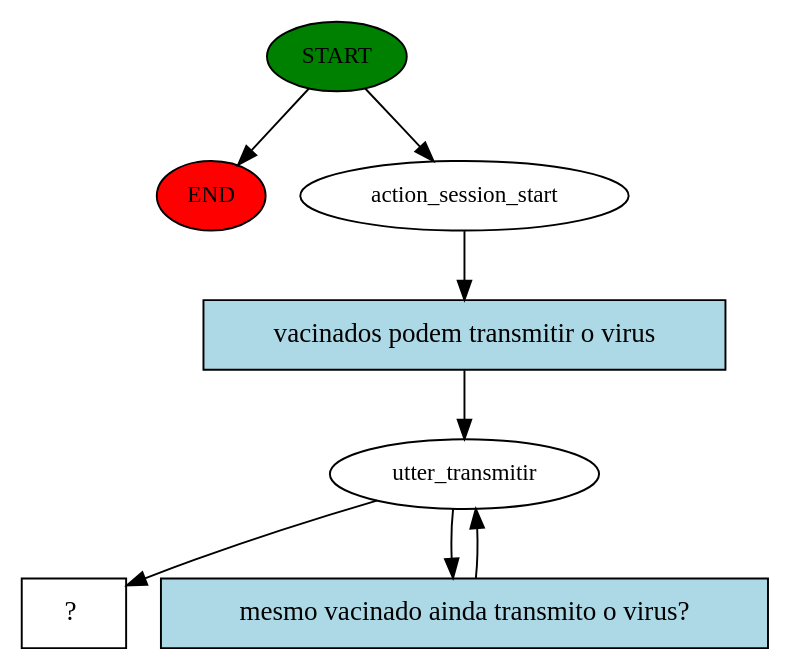
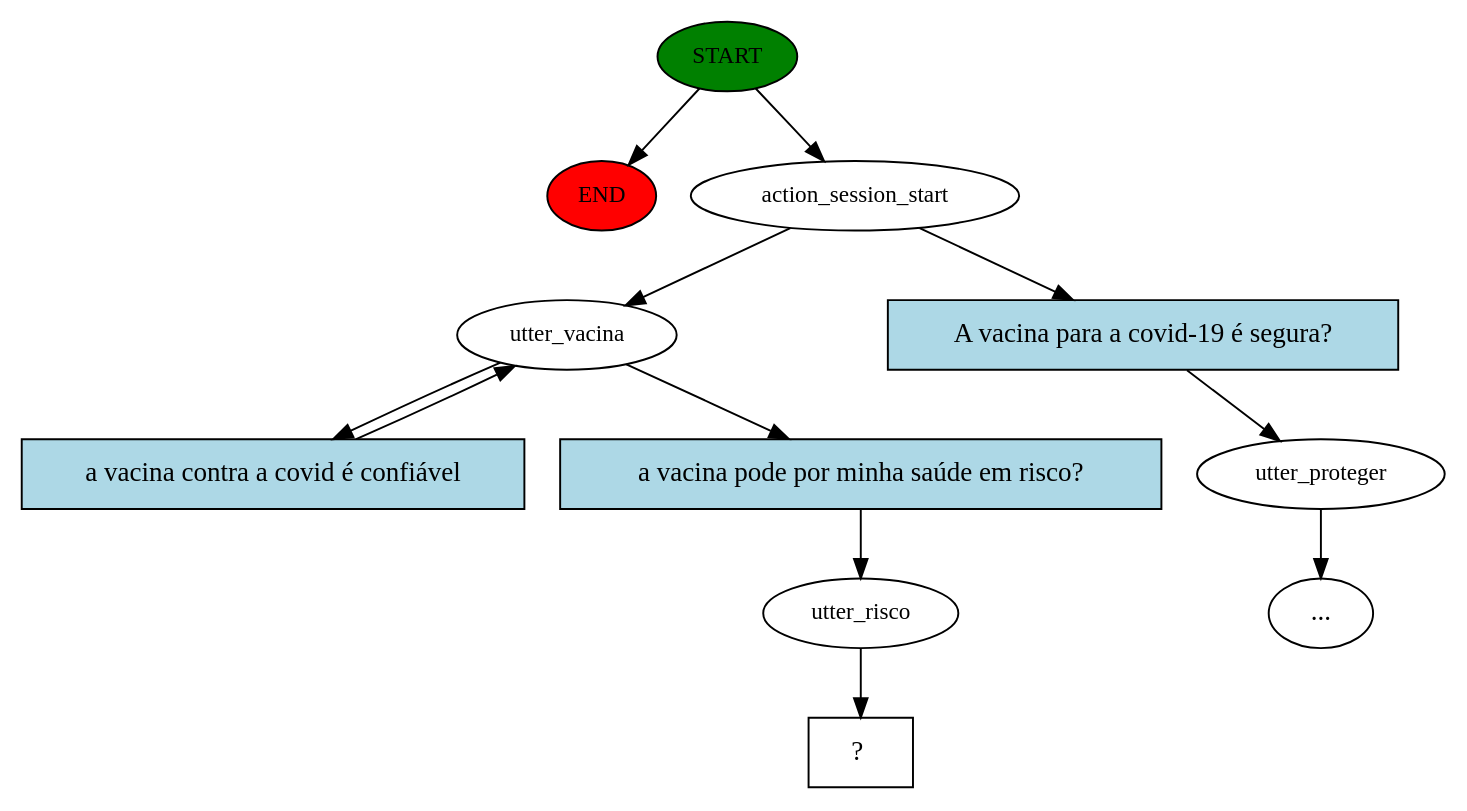
The diagram in story_graph.dot (marcelosprogrammer/projetomestradorasa), drawn with Graphviz before and after one commit. The commit also changed 9 other files, not shown here.

```diff
--- a/story_graph.dot
+++ b/story_graph.dot
@@ -1,16 +1,24 @@
 digraph  {
 0 [class="start active", fillcolor=green, fontsize=12, label=START, style=filled];
 "-1" [class=end, fillcolor=red, fontsize=12, label=END, style=filled];
 1 [class=active, fontsize=12, label=action_session_start];
-2 [class=active, fontsize=12, label=utter_transmitir];
-5 [class="intent dashed active", label="  ?  ", shape=rect];
-6 [class="intent active", fillcolor=lightblue, label="vacinados podem transmitir o virus", shape=rect, style=filled];
-7 [class="intent active", fillcolor=lightblue, label="mesmo vacinado ainda transmito o virus?", shape=rect, style=filled];
+2 [class="", fontsize=12, label=utter_proteger];
+"-3" [class=ellipsis, label="..."];
+4 [class=active, fontsize=12, label=utter_vacina];
+15 [class=active, fontsize=12, label=utter_risco];
+16 [class="intent dashed active", label="  ?  ", shape=rect];
+17 [class=intent, fillcolor=lightblue, label="A vacina para a covid-19 é segura?", shape=rect, style=filled];
+18 [class="intent active", fillcolor=lightblue, label="a vacina contra a covid é confiável", shape=rect, style=filled];
+19 [class="intent active", fillcolor=lightblue, label="a vacina pode por minha saúde em risco?", shape=rect, style=filled];
 0 -> "-1"  [class="", key=NONE, label=""];
 0 -> 1  [class=active, key=NONE, label=""];
-1 -> 6  [class=active, key=0];
-2 -> 5  [class=active, key=NONE, label=""];
-2 -> 7  [class=active, key=0];
-6 -> 2  [class=active, key=0];
-7 -> 2  [class=active, key=0];
+1 -> 4  [class=active, key=NONE, label=""];
+1 -> 17  [class="", key=0];
+2 -> "-3"  [class="", key=NONE, label=""];
+4 -> 18  [class=active, key=0];
+4 -> 19  [class=active, key=0];
+15 -> 16  [class=active, key=NONE, label=""];
+17 -> 2  [class="", key=0];
+18 -> 4  [class=active, key=0];
+19 -> 15  [class=active, key=0];
 }
```
